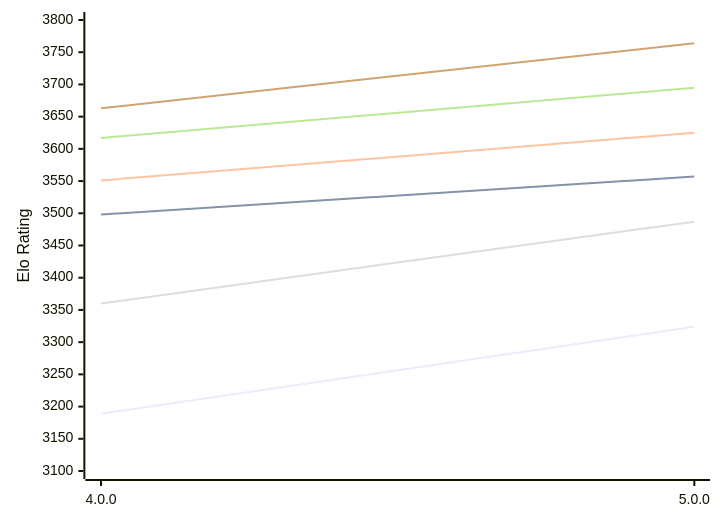
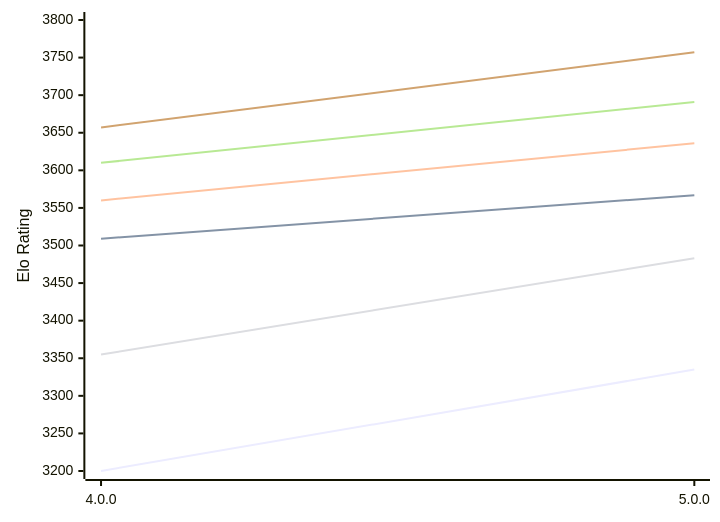
Before and after one commit to computer-chess-index/cci: the first of 2 diagrams in engines/Avalanche.md, drawn with Mermaid. The commit also changed other lines of this file, not shown here.

Commit message:
Update CCI Ratings (ELO VLTC) - 2026-11-06

````diff
--- a/engines/Avalanche.md
+++ b/engines/Avalanche.md
@@ -50,12 +50,12 @@
 ```mermaid
 %%{init: {"theme":"base","themeVariables":{"seriesColors:['#a3a3a3','#222221','#faa371']}}}%%
 xychart-beta
   x-axis ["4.0.0", "5.0.0"]
-  y-axis "Elo Rating" 3100 --> 3800
-  line "E1: STC (8.0+0.08s)" [3189, 3324]
-  line "E1: LTC (60.0+0.60s)" [3498, 3557]
-  line "E1: VLTC (2m24s+1.12s)" [3551, 3625]
-  line "P1: STC (8.0+0.08s)" [3360, 3487]
-  line "P1: LTC (60.0+0.60s)" [3617, 3695]
-  line "P1: VLTC (2m24s+1.12s)" [3663, 3764]
+  y-axis "Elo Rating" 3200 --> 3800
+  line "E1: STC (8.0+0.08s)" [3200, 3335]
+  line "E1: LTC (60.0+0.60s)" [3509, 3567]
+  line "E1: VLTC (2m24s+1.12s)" [3560, 3636]
+  line "P1: STC (8.0+0.08s)" [3355, 3483]
+  line "P1: LTC (60.0+0.60s)" [3610, 3691]
+  line "P1: VLTC (2m24s+1.12s)" [3657, 3757]
 ```
````
